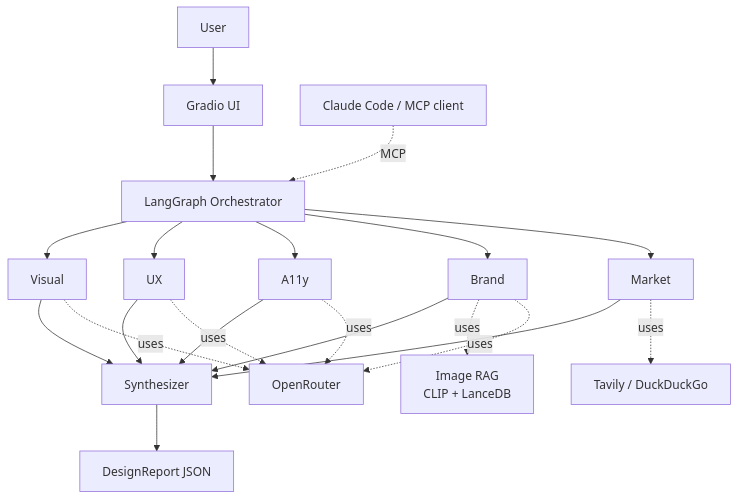
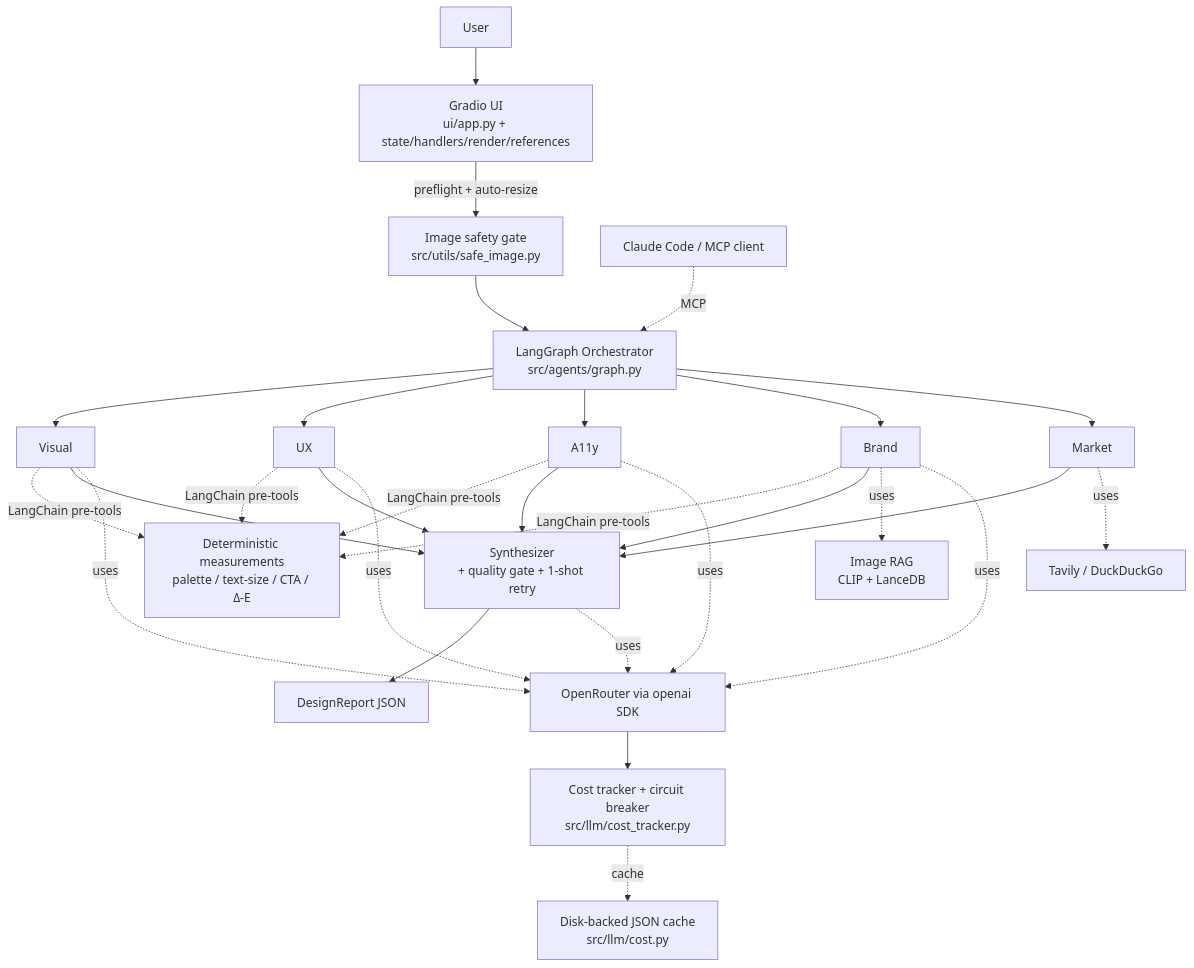
Before and after one commit to chkrvrthy/Accelerator_C7_Hackthon_Multimodal_G1: the diagram in README.md, drawn with Mermaid. The commit also changed other lines of this file and 32 other files, not shown here.

````diff
--- a/README.md
+++ b/README.md
@@ -33,12 +33,16 @@
 ```mermaid
 flowchart TB
-    User --> UI[Gradio UI]
-    UI --> Graph[LangGraph Orchestrator]
+    User --> UI[Gradio UI<br/>ui/app.py + state/handlers/render/references]
+    UI -- preflight + auto-resize --> Safety[Image safety gate<br/>src/utils/safe_image.py]
+    Safety --> Graph[LangGraph Orchestrator<br/>src/agents/graph.py]
     Graph --> Visual & UX & A11y & Brand & Market
-    Visual & UX & A11y & Brand & Market --> Synth[Synthesizer]
+    Visual & UX & A11y & Brand -.LangChain pre-tools.-> PreTools[Deterministic measurements<br/>palette / text-size / CTA / Δ-E]
+    Visual & UX & A11y & Brand & Market --> Synth[Synthesizer<br/>+ quality gate + 1-shot retry]
     Synth --> Report[DesignReport JSON]
     Brand -.uses.-> RAG[Image RAG<br/>CLIP + LanceDB]
     Market -.uses.-> Web[Tavily / DuckDuckGo]
-    Visual & UX & A11y & Brand -.uses.-> LLM[OpenRouter]
+    Visual & UX & A11y & Brand & Synth -.uses.-> LLM[OpenRouter via openai SDK]
+    LLM --> Resilience[Cost tracker + circuit breaker<br/>src/llm/cost_tracker.py]
+    Resilience -.cache.-> Cache[Disk-backed JSON cache<br/>src/llm/cost.py]
     External[Claude Code / MCP client] -.MCP.-> Graph
 ```
````
